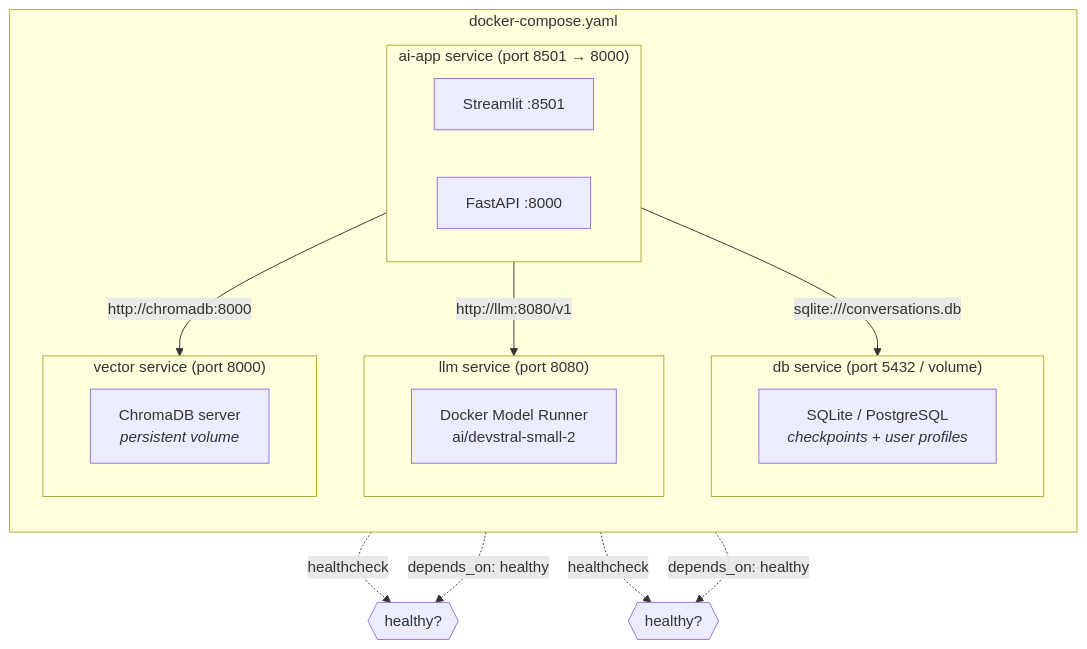
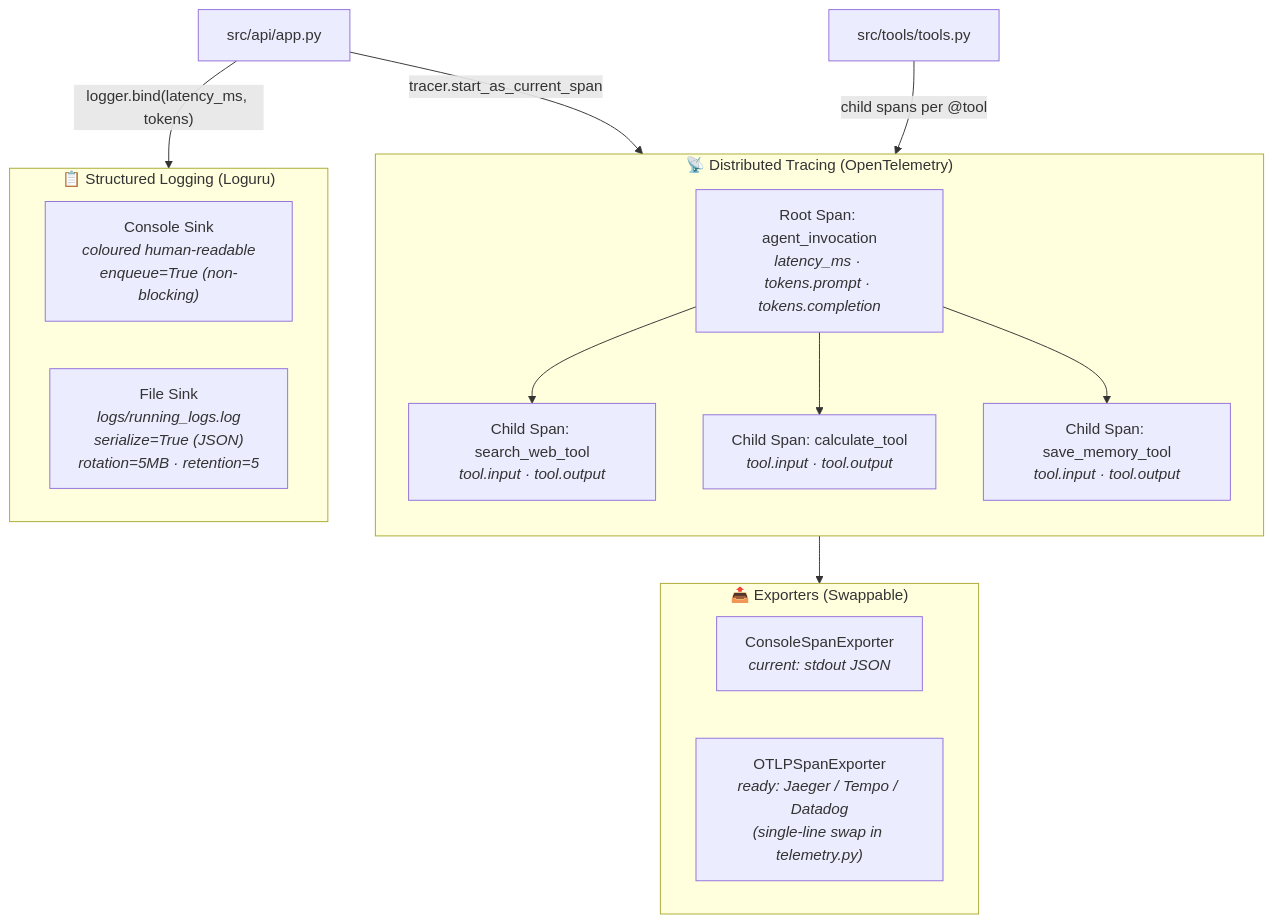
Before and after one commit to SebastianGarrido2790/ai-assistant-docker-app: the fifth of 7 diagrams in reports/docs/architecture/system_design.md, drawn with Mermaid. The commit also changed other lines of this file and 3 other files, not shown here.

````diff
--- a/reports/docs/architecture/system_design.md
+++ b/reports/docs/architecture/system_design.md
@@ -215,32 +253,29 @@
 ```mermaid
 graph TD
-    subgraph COMPOSE["docker-compose.yaml"]
-        direction TB
-
-        subgraph APP["ai-app service (port 8501 → 8000)"]
-            direction LR
-            ST2["Streamlit :8501"]
-            FA["FastAPI :8000"]
-        end
-
-        subgraph LLM2["llm service (port 8080)"]
-            GEM["Docker Model Runner<br/>ai/devstral-small-2"]
-        end
-
-        subgraph DB2["db service (port 5432 / volume)"]
-            SQ["SQLite / PostgreSQL<br/><i>checkpoints + user profiles</i>"]
-        end
-
-        subgraph VEC["vector service (port 8000)"]
-            CH["ChromaDB server<br/><i>persistent volume</i>"]
-        end
+    subgraph LOG["📋 Structured Logging (Loguru)"]
+        direction LR
+        LS2["Console Sink<br/><i>coloured human-readable<br/>enqueue=True (non-blocking)</i>"]
+        LF["File Sink<br/><i>logs/running_logs.log<br/>serialize=True (JSON)<br/>rotation=5MB · retention=5</i>"]
     end
 
-    APP -->|"http://llm:8080/v1"| LLM2
-    APP -->|"sqlite:///conversations.db"| DB2
-    APP -->|"http://chromadb:8000"| VEC
-    LLM2 -.->|"healthcheck"| HC1{{"healthy?"}}
-    DB2 -.->|"healthcheck"| HC2{{"healthy?"}}
-    APP -.->|"depends_on: healthy"| HC1
-    APP -.->|"depends_on: healthy"| HC2
+    subgraph OTEL["📡 Distributed Tracing (OpenTelemetry)"]
+        direction TB
+        RS["Root Span: agent_invocation<br/><i>latency_ms · tokens.prompt · tokens.completion</i>"]
+        CS1["Child Span: search_web_tool<br/><i>tool.input · tool.output</i>"]
+        CS2["Child Span: calculate_tool<br/><i>tool.input · tool.output</i>"]
+        CS3["Child Span: save_memory_tool<br/><i>tool.input · tool.output</i>"]
+        RS --> CS1
+        RS --> CS2
+        RS --> CS3
+    end
+
+    subgraph EXPORT["📤 Exporters (Swappable)"]
+        CE2["ConsoleSpanExporter<br/><i>current: stdout JSON</i>"]
+        OE["OTLPSpanExporter<br/><i>ready: Jaeger / Tempo / Datadog<br/>(single-line swap in telemetry.py)</i>"]
+    end
+
+    API2["src/api/app.py"] -->|"logger.bind(latency_ms, tokens)"| LOG
+    API2 -->|"tracer.start_as_current_span"| RS
+    TOOLS2["src/tools/tools.py"] -->|"child spans per @tool"| CS1
+    OTEL --> EXPORT
 ```
````
